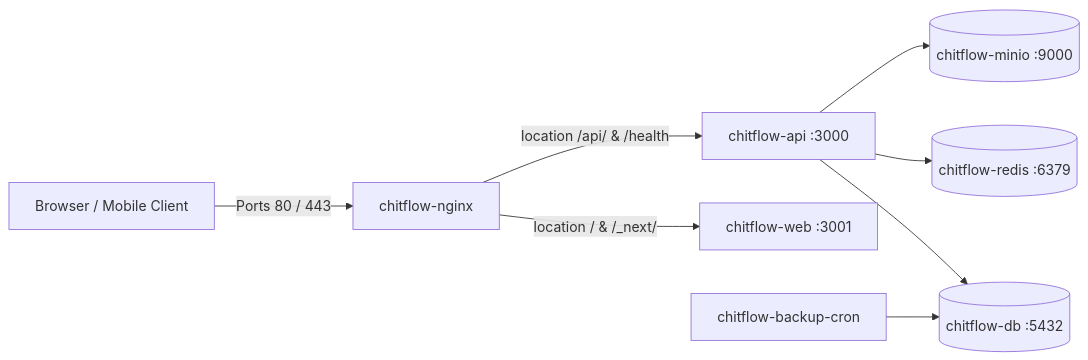
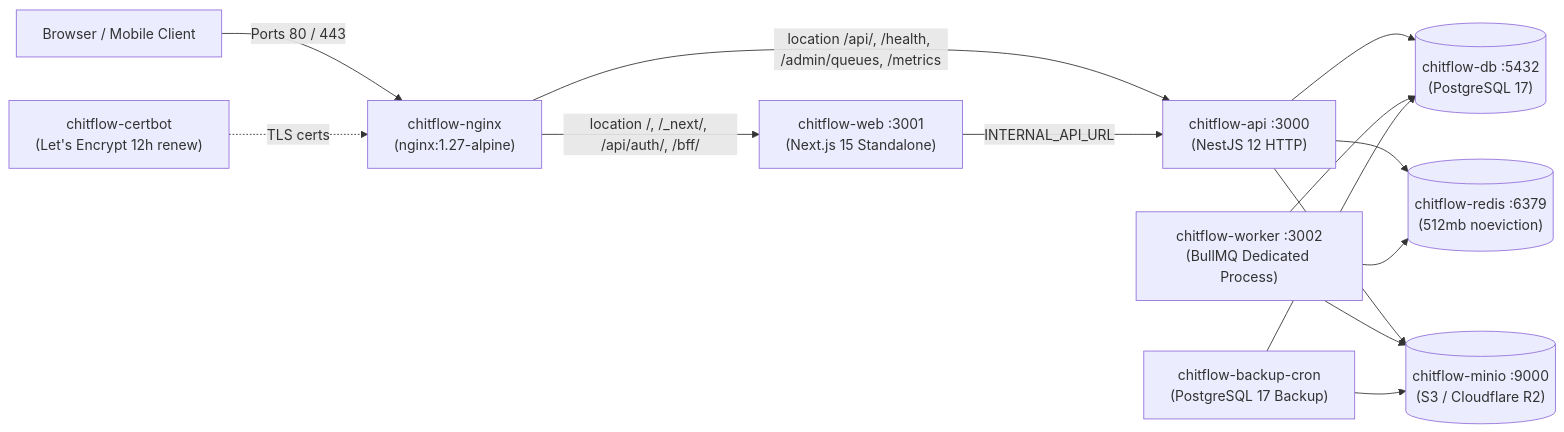
Before and after one commit to Kathir-24/Kumaran-finance: the second of 2 diagrams in docs/web/docker-and-production-spec.md, drawn with Mermaid. The commit also changed other lines of this file and 4 other files, not shown here.

````diff
--- a/docs/web/docker-and-production-spec.md
+++ b/docs/web/docker-and-production-spec.md
@@ -74,10 +92,16 @@
 ```mermaid
 flowchart LR
-    Client["Browser / Mobile Client"] -->|Ports 80 / 443| Nginx["chitflow-nginx"]
-    Nginx -->|location / & /_next/| Web["chitflow-web :3001"]
-    Nginx -->|location /api/ & /health| API["chitflow-api :3000"]
-    API --> DB[("chitflow-db :5432")]
-    API --> Redis[("chitflow-redis :6379")]
-    API --> S3[("chitflow-minio :9000")]
-    Backup["chitflow-backup-cron"] --> DB
+    Client["Browser / Mobile Client"] -->|Ports 80 / 443| Nginx["chitflow-nginx\n(nginx:1.27-alpine)"]
+    Certbot["chitflow-certbot\n(Let's Encrypt 12h renew)"] -.->|TLS certs| Nginx
+    Nginx -->|"location /, /_next/, /api/auth/, /bff/"| Web["chitflow-web :3001\n(Next.js 15 Standalone)"]
+    Nginx -->|"location /api/, /health, /admin/queues, /metrics"| API["chitflow-api :3000\n(NestJS 12 HTTP)"]
+    Web -->|INTERNAL_API_URL| API
+    API --> DB[("chitflow-db :5432\n(PostgreSQL 17)")]
+    API --> Redis[("chitflow-redis :6379\n(512mb noeviction)")]
+    API --> S3[("chitflow-minio :9000\n(S3 / Cloudflare R2)")]
+    Worker["chitflow-worker :3002\n(BullMQ Dedicated Process)"] --> DB
+    Worker --> Redis
+    Worker --> S3
+    Backup["chitflow-backup-cron\n(PostgreSQL 17 Backup)"] --> DB
+    Backup --> S3
 ```
````
